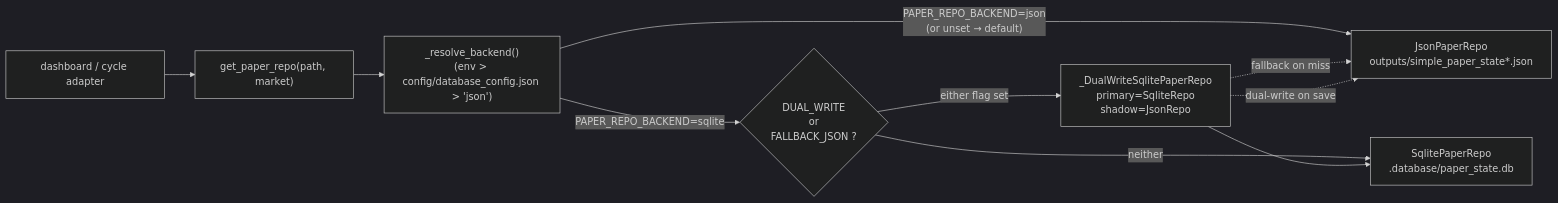
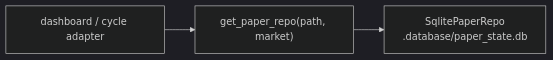
One commit to KatkarPankaj/Trading-strategy changed the fifth of 8 diagrams in CODEBASE_DATAFLOW.md. Above: the diagram before and after it, drawn with Mermaid (dark theme). The commit also changed other lines of this file and 74 other files, not shown here.

First line of the commit message:
feat: SQLite-only paper persistence, NSE quotes, and market status

````diff
--- a/CODEBASE_DATAFLOW.md
+++ b/CODEBASE_DATAFLOW.md
@@ -198,12 +190,5 @@
 ```mermaid
 flowchart LR
   Caller["dashboard / cycle adapter"] --> Factory["get_paper_repo(path, market)"]
-  Factory --> Resolve["_resolve_backend()\n(env > config/database_config.json > 'json')"]
-  Resolve -->|"PAPER_REPO_BACKEND=json\n(or unset → default)"| JsonRepo["JsonPaperRepo\noutputs/simple_paper_state*.json"]
-  Resolve -->|"PAPER_REPO_BACKEND=sqlite"| SqliteCheck{"DUAL_WRITE\nor\nFALLBACK_JSON ?"}
-  SqliteCheck -- "neither" --> SqliteRepo["SqlitePaperRepo\n.database/paper_state.db"]
-  SqliteCheck -- "either flag set" --> Wrapper["_DualWriteSqlitePaperRepo\nprimary=SqliteRepo\nshadow=JsonRepo"]
-  Wrapper --> SqliteRepo
-  Wrapper -. "fallback on miss" .-> JsonRepo
-  Wrapper -. "dual-write on save" .-> JsonRepo
+  Factory --> SqliteRepo["SqlitePaperRepo\n.database/paper_state.db"]
 ```
````
